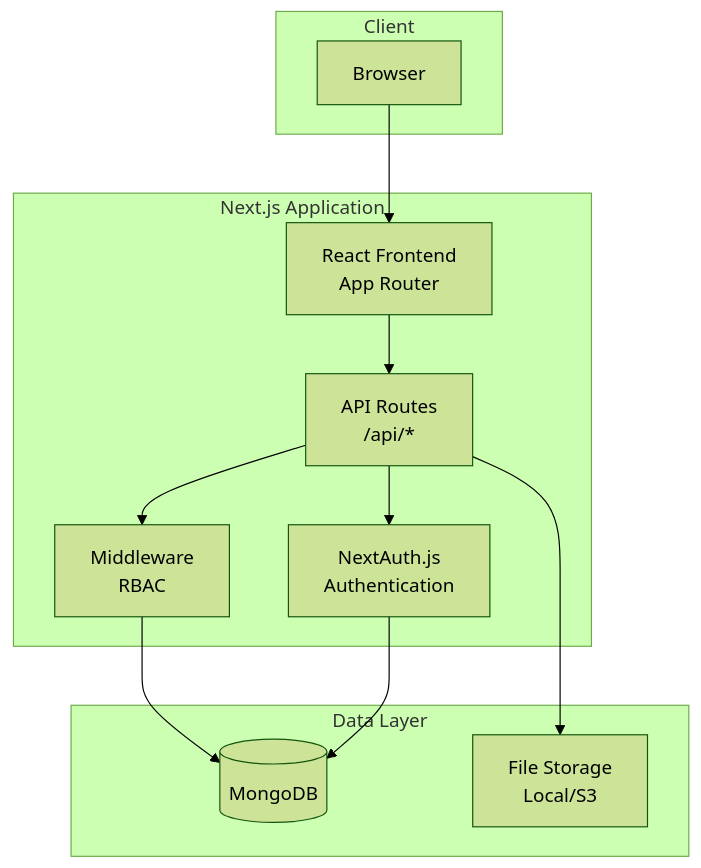
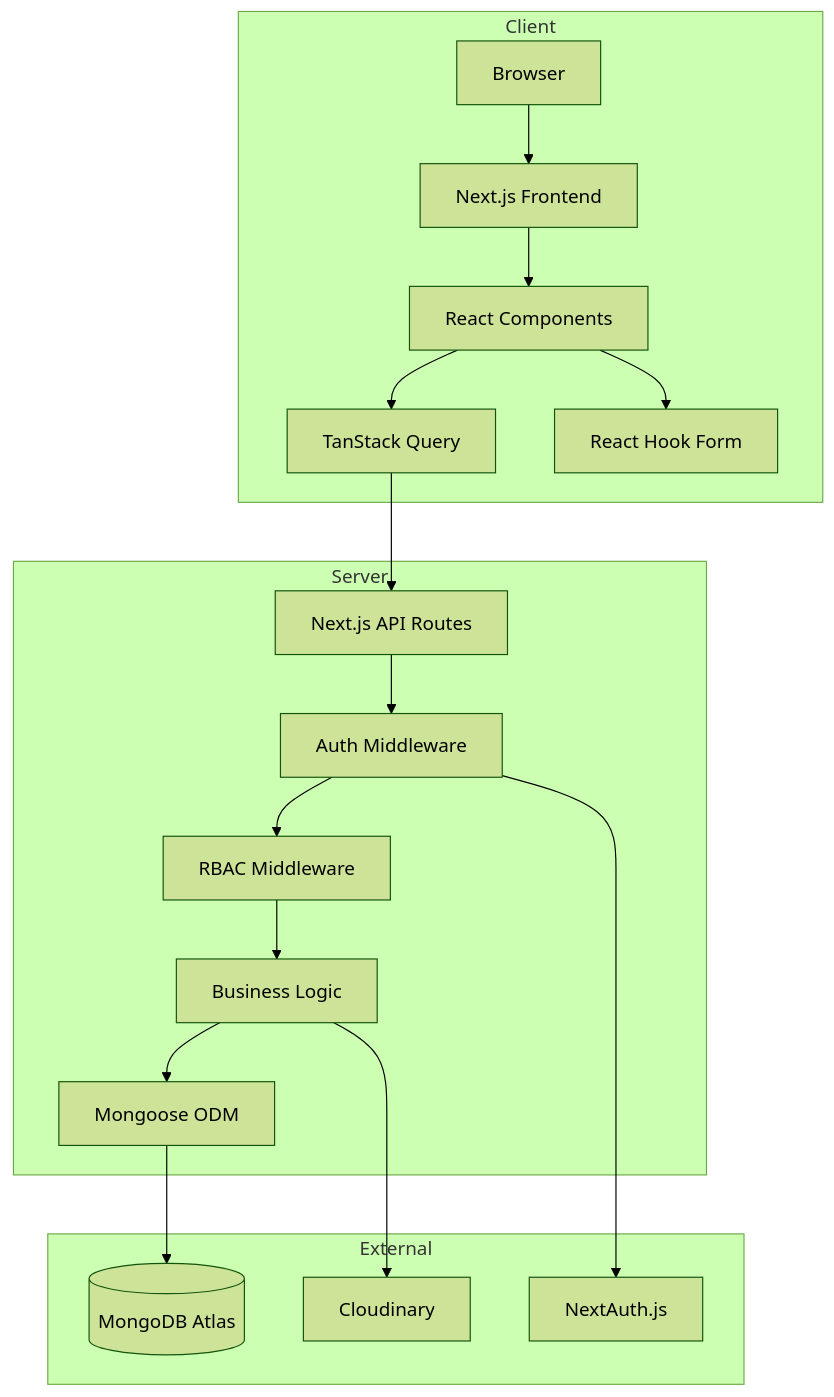
One commit to KhoaTran011604/BMAD-Lite. changed the first of 5 diagrams in docs/architecture.md. Above: the diagram before and after it, drawn with Mermaid (forest theme). The commit also changed other lines of this file and 47 other files, not shown here.

````diff
--- a/docs/architecture.md
+++ b/docs/architecture.md
@@ -35,26 +30,24 @@
 ```mermaid
 graph TD
     subgraph Client
-        A[Browser]
+        A[Browser] --> B[Next.js Frontend]
+        B --> C[React Components]
+        C --> D[TanStack Query]
+        C --> E[React Hook Form]
     end
 
-    subgraph "Next.js Application"
-        B[React Frontend<br/>App Router]
-        C[API Routes<br/>/api/*]
-        D[NextAuth.js<br/>Authentication]
-        E[Middleware<br/>RBAC]
+    subgraph Server
+        F[Next.js API Routes] --> G[Auth Middleware]
+        G --> H[RBAC Middleware]
+        H --> I[Business Logic]
+        I --> J[Mongoose ODM]
     end
 
-    subgraph "Data Layer"
-        F[(MongoDB)]
-        G[File Storage<br/>Local/S3]
+    subgraph External
+        J --> K[(MongoDB Atlas)]
+        I --> L[Cloudinary]
+        G --> M[NextAuth.js]
     end
 
-    A --> B
-    B --> C
-    C --> D
-    C --> E
-    E --> F
-    C --> G
     D --> F
 ```
````
